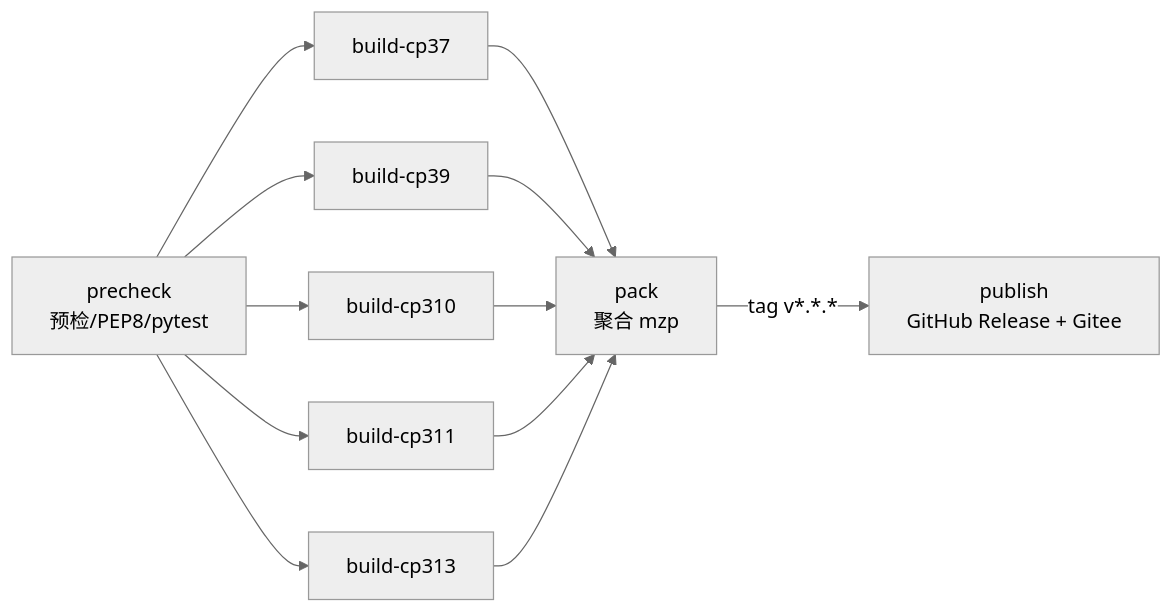
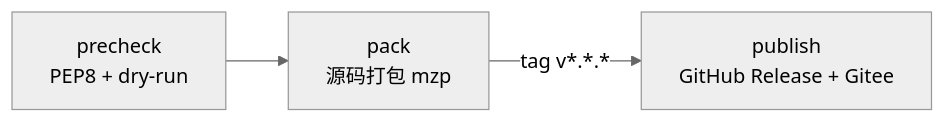
Before and after one commit to kt1-lli/maxagent: the diagram in release/ci/README.md, drawn with Mermaid (neutral theme). The commit also changed other lines of this file and 61 other files, not shown here.

````diff
--- a/release/ci/README.md
+++ b/release/ci/README.md
@@ -27,14 +24,5 @@
 ```mermaid
 graph LR
-    A[precheck<br/>预检/PEP8/pytest] --> B1[build-cp37]
-    A --> B2[build-cp39]
-    A --> B3[build-cp310]
-    A --> B4[build-cp311]
-    A --> B5[build-cp313]
-    B1 --> C[pack<br/>聚合 mzp]
-    B2 --> C
-    B3 --> C
-    B4 --> C
-    B5 --> C
-    C -->|tag v*.*.*| D[publish<br/>GitHub Release + Gitee]
+    A[precheck<br/>PEP8 + dry-run] --> B[pack<br/>源码打包 mzp]
+    B -->|tag v*.*.*| C[publish<br/>GitHub Release + Gitee]
 ```
````
